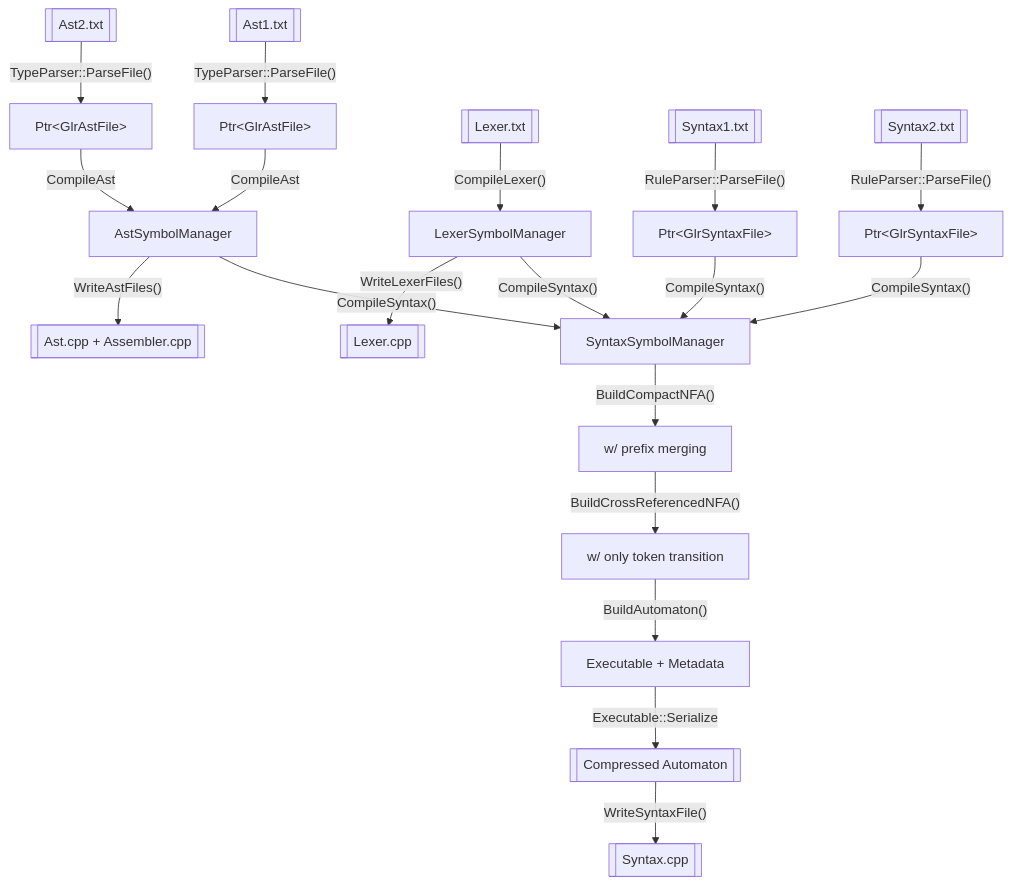
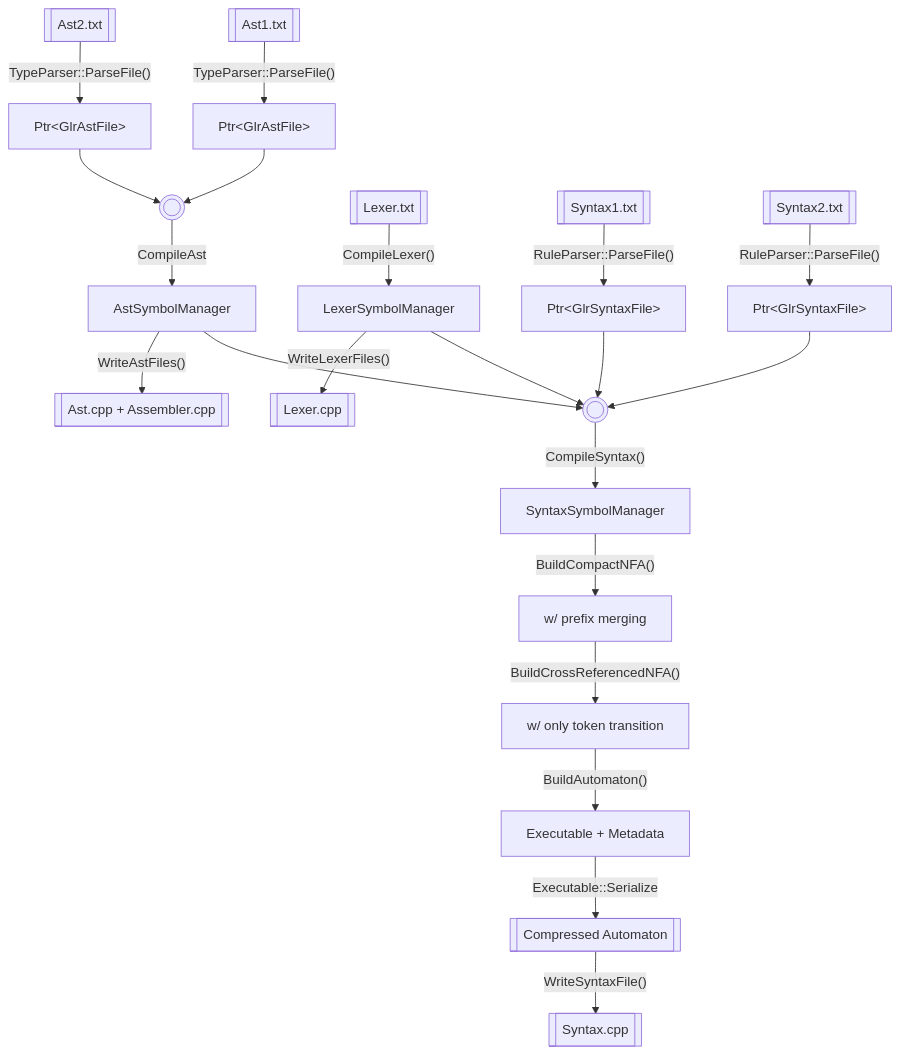
One commit to vczh-websites/vczh changed diagram 28 of 29 in Blog/GLR-Refactoring/Mermaid.md. Above: the diagram before and after it, drawn with Mermaid. The commit also changed other lines of this file, not shown here.

````diff
--- a/Blog/GLR-Refactoring/Mermaid.md
+++ b/Blog/GLR-Refactoring/Mermaid.md
@@ -651,21 +651,21 @@
 ```mermaid
 graph TD
   AST_FILE_1[[Ast1.txt]] -- TypeParser::ParseFile() --> AST_1[Ptr#lt;GlrAstFile#gt;]
   AST_FILE_2[[Ast2.txt]] -- TypeParser::ParseFile() --> AST_2[Ptr#lt;GlrAstFile#gt;]
-  AST_1 & AST_2 -- CompileAst --> AST_MGR[AstSymbolManager]
+  AST_1 & AST_2 --> UNION_1((( ))) -- CompileAst --> AST_MGR[AstSymbolManager]
 
   LEXER_FILE[[Lexer.txt]] -- CompileLexer() --> LEXER_MGR[LexerSymbolManager]
   
   SYNTAX_FILE_1[[Syntax1.txt]] -- RuleParser::ParseFile() --> SYNTAX_1[Ptr#lt;GlrSyntaxFile#gt;]
   SYNTAX_FILE_2[[Syntax2.txt]] -- RuleParser::ParseFile() --> SYNTAX_2[Ptr#lt;GlrSyntaxFile#gt;]
-  AST_MGR & LEXER_MGR & SYNTAX_1 & SYNTAX_2 -- CompileSyntax() --> AST_MGR_1[SyntaxSymbolManager]
+  AST_MGR & LEXER_MGR & SYNTAX_1 & SYNTAX_2 --> UNION_2((( ))) -- CompileSyntax() --> AST_MGR_1[SyntaxSymbolManager]
 
   AST_MGR_1 -- BuildCompactNFA() --> AST_MGR_2[w/ prefix merging]
   AST_MGR_2 -- BuildCrossReferencedNFA() --> AST_MGR_3[w/ only token transition ]
   AST_MGR_3 -- BuildAutomaton() --> AUTOMATON[Executable + Metadata]
 
   AUTOMATON -- Executable::Serialize --> BINARY[[Compressed Automaton]]
   AST_MGR -- WriteAstFiles() --> AST_GEN_FILE[["Ast.cpp + Assembler.cpp"]]
   LEXER_MGR -- WriteLexerFiles() --> LEXER_GEN_FILE[["Lexer.cpp"]]
   BINARY -- WriteSyntaxFile() --> SYNTAX_GEN_FILE[["Syntax.cpp"]]
 ```
````
